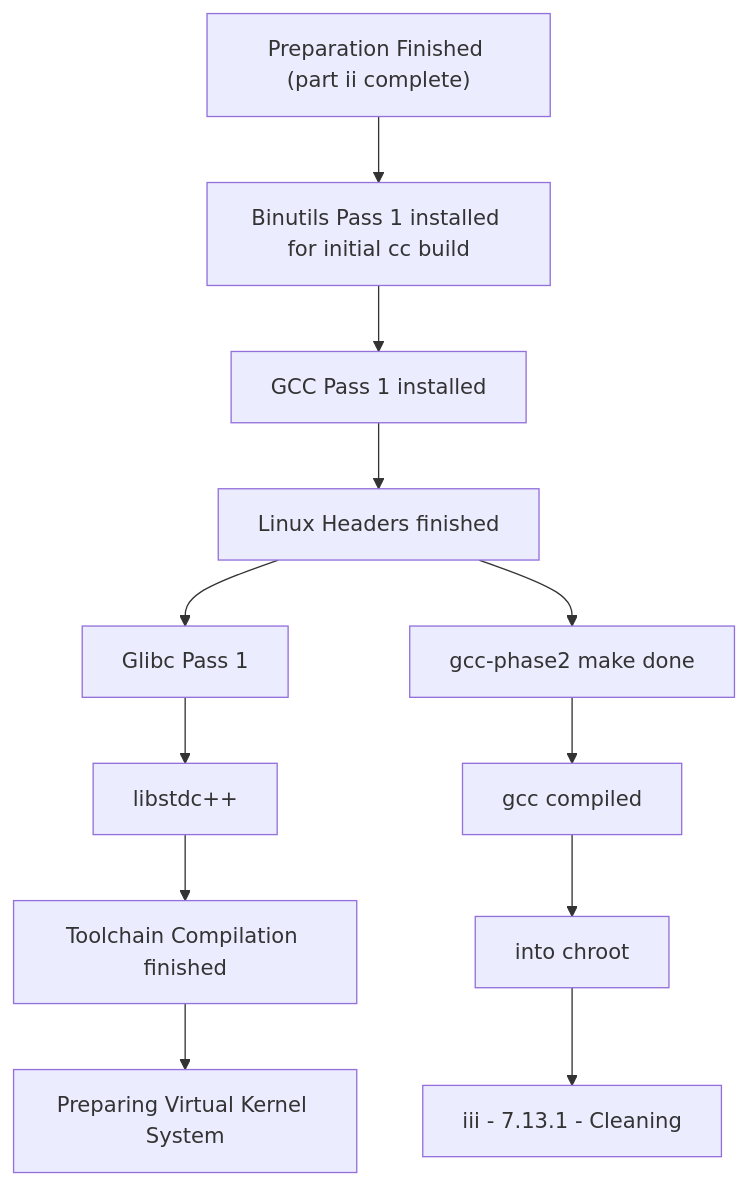
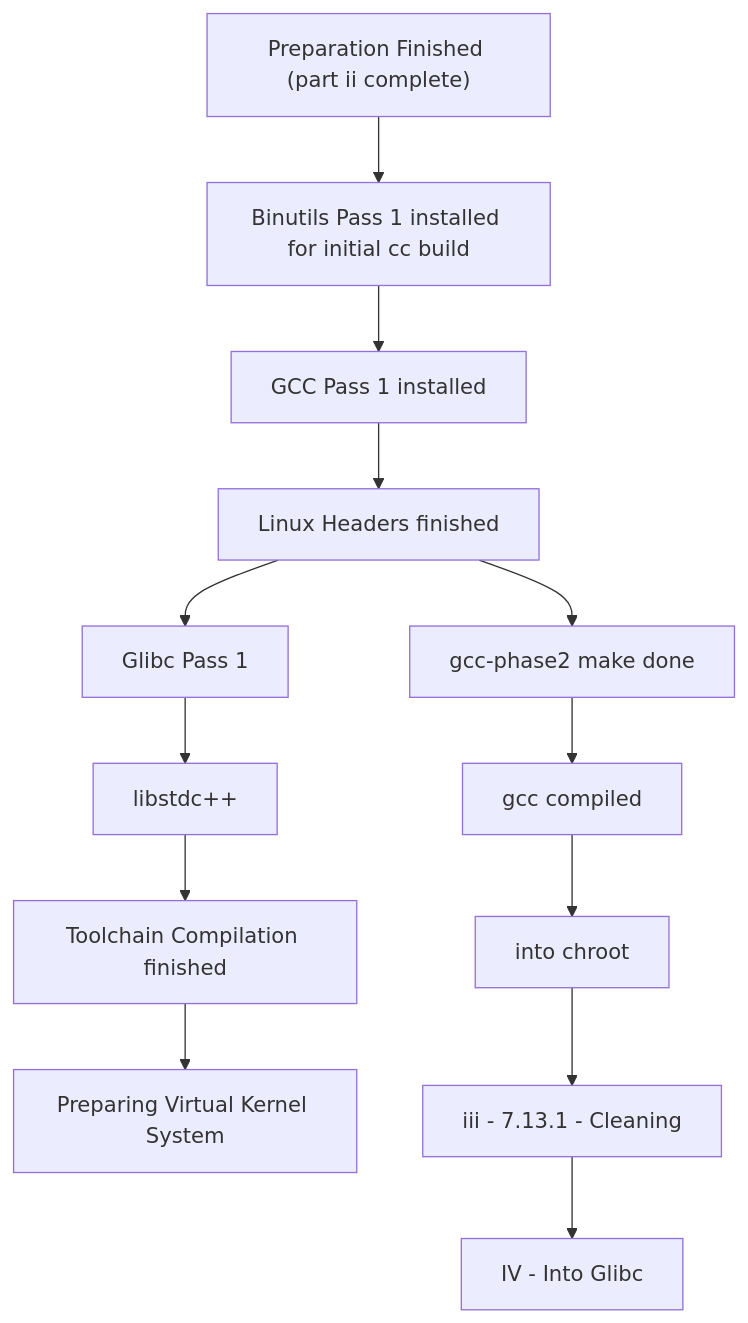
One commit to Somayyah/lfs changed the diagram in snapshots.md. Above: the diagram before and after it, drawn with Mermaid.

Commit message:
IV - Into glibc

````diff
--- a/snapshots.md
+++ b/snapshots.md
@@ -5,19 +5,20 @@
 ```mermaid
 flowchart TD;
     A["Preparation Finished (part ii complete)"]
     B["Binutils Pass 1 installed for initial cc build"]
     C["GCC Pass 1 installed"]
     D["Linux Headers finished"]
     E["Glibc Pass 1"]
     F["libstdc++"]
     G["Toolchain Compilation finished"]
     H["Preparing Virtual Kernel System"]
 
     D2["gcc-phase2 make done"]
 	E2["gcc compiled"]
 	F2["into chroot"]
 	G2["iii - 7.13.1 - Cleaning"]
+	H2["IV - Into Glibc"]
 	
     A --> B --> C --> D --> E --> F --> G --> H;
-    D --> D2 --> E2 --> F2 --> G2;
+    D --> D2 --> E2 --> F2 --> G2 --> H2;
 ```
````
